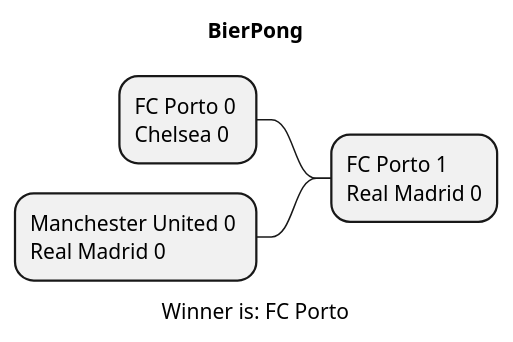
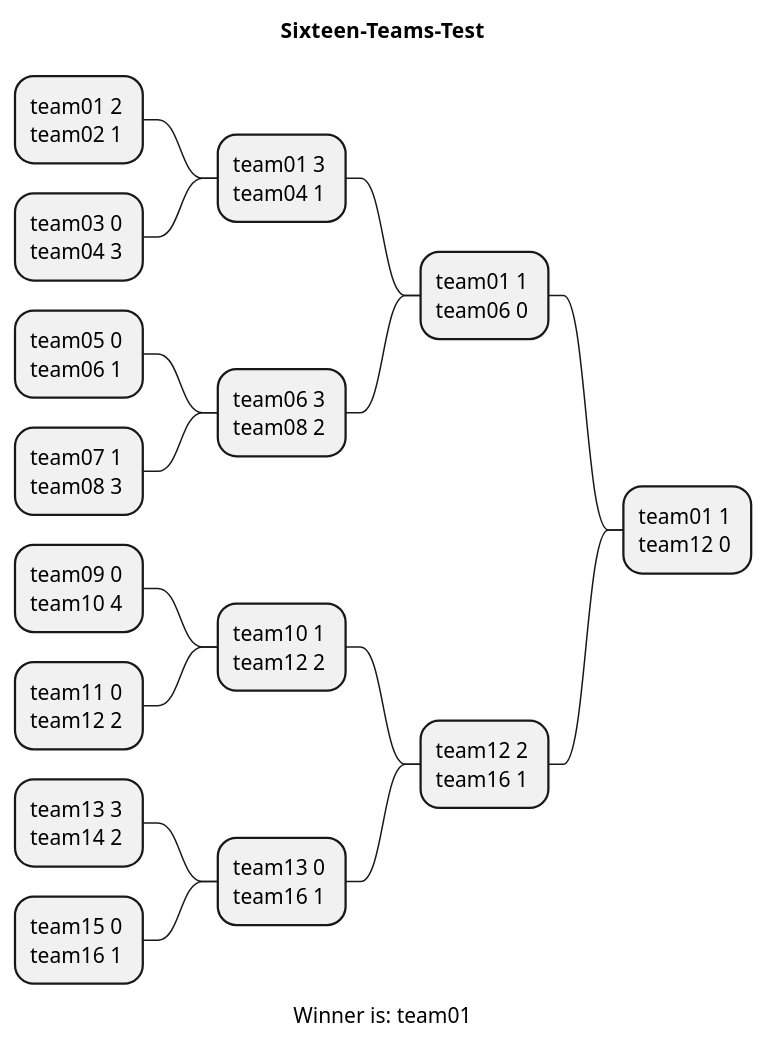
The diagram in asciidocs/plantuml/Result.puml (htl-leonding-project/2022-4ahif-autohaus), drawn with PlantUML before and after one commit. The commit also changed 14 other files, not shown here.

```diff
--- a/asciidocs/plantuml/Result.puml
+++ b/asciidocs/plantuml/Result.puml
@@ -1,10 +1,34 @@
-@startmindmap BierPong.png
-title BierPong
+@startmindmap Sixteen-Teams-Test.png
+title Sixteen-Teams-Test
 
-- FC Porto 1 \nReal Madrid 0
+- team01 1 \nteam12 0
 
--- FC Porto 0 \nChelsea 0
+-- team01 1 \nteam06 0
 
--- Manchester United 0 \nReal Madrid 0
-caption Winner is: FC Porto
+--- team01 3 \nteam04 1
+
+---- team01 2 \nteam02 1
+
+---- team03 0 \nteam04 3
+
+--- team06 3 \nteam08 2
+
+---- team05 0 \nteam06 1
+
+---- team07 1 \nteam08 3
+
+-- team12 2 \nteam16 1
+
+--- team10 1 \nteam12 2
+
+---- team09 0 \nteam10 4
+
+---- team11 0 \nteam12 2
+
+--- team13 0 \nteam16 1
+
+---- team13 3 \nteam14 2
+
+---- team15 0 \nteam16 1
+caption Winner is: team01
 @endmindmap
```
